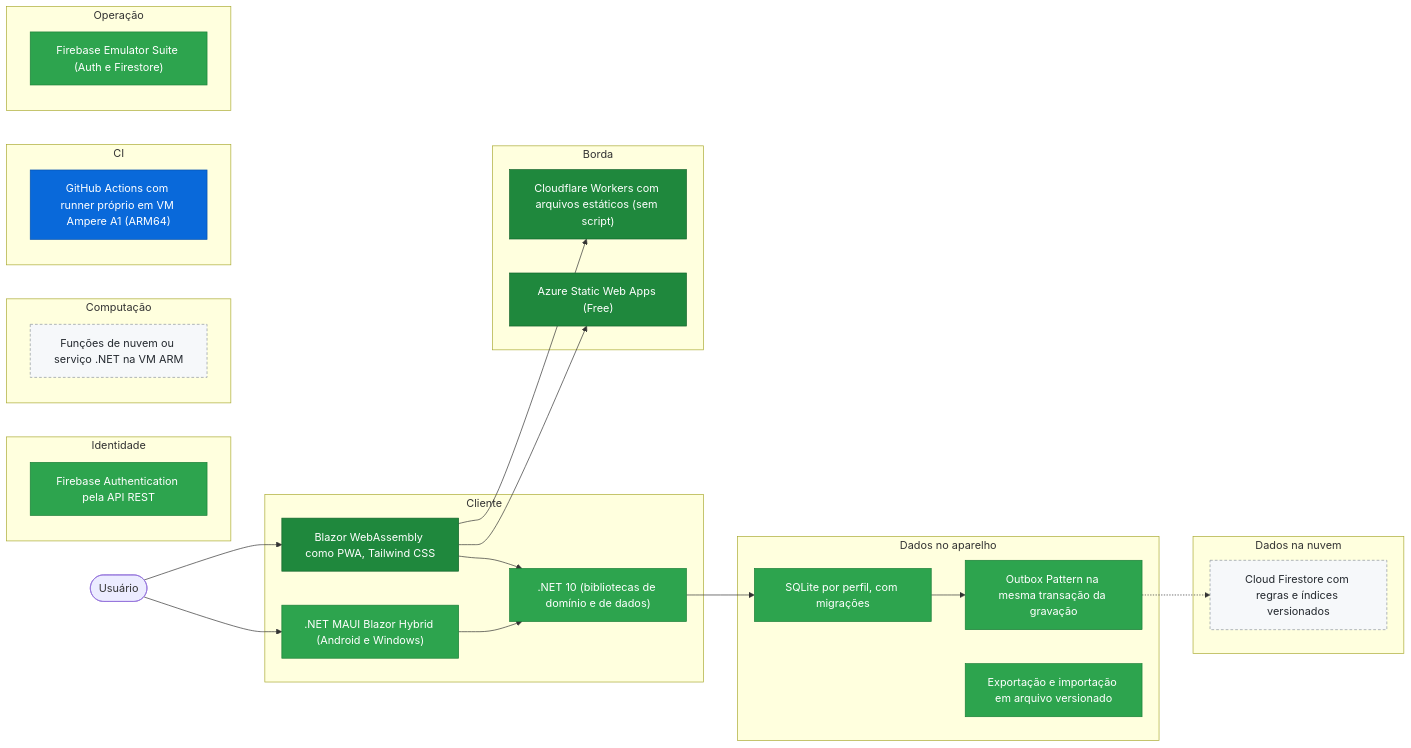
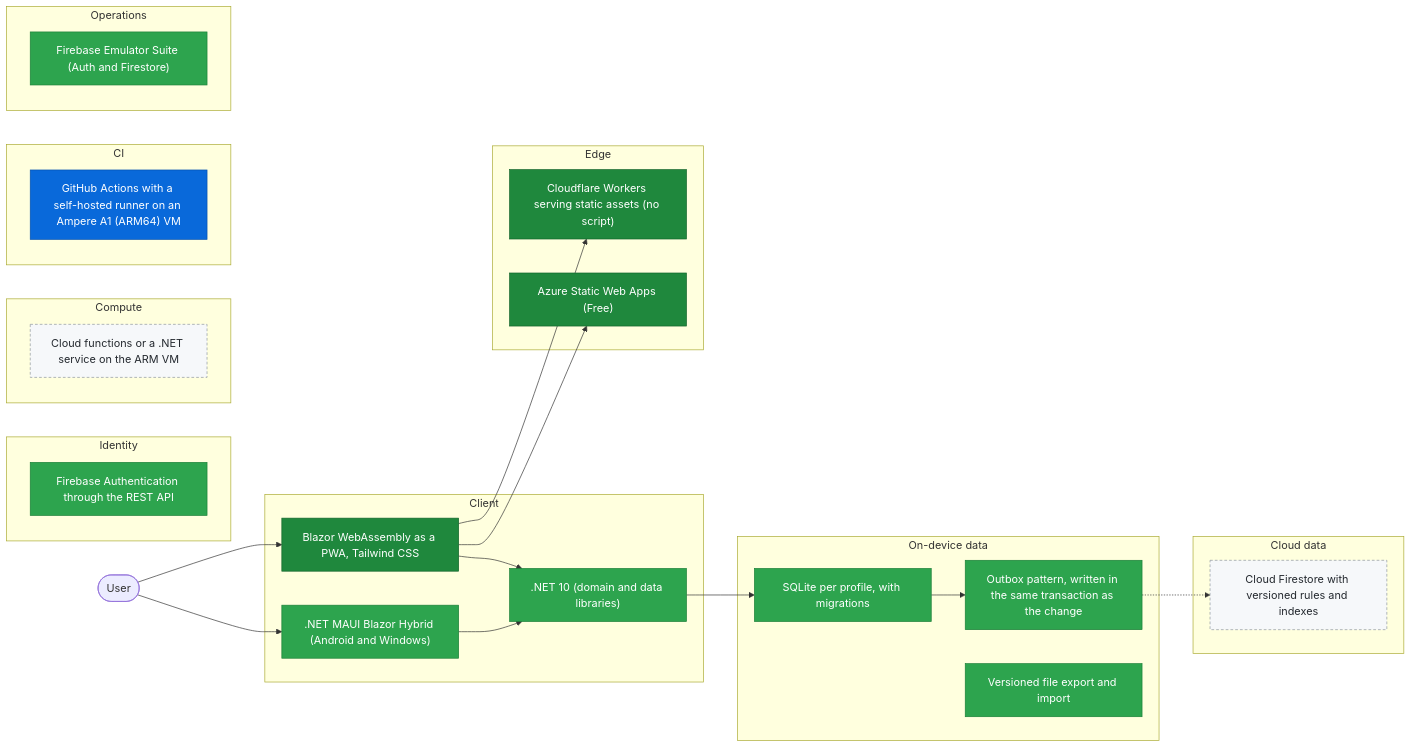
The diagram in README.md (Marckxp/Multi-Cloud-SaaS-Architecture-High-Availability-FinOps), drawn with Mermaid before and after one commit. The commit also changed other lines of this file and 87 other files, not shown here.

````diff
--- a/README.md
+++ b/README.md
@@ -29,48 +38,48 @@
 ```mermaid
 flowchart LR
-  usuario(["Usuário"])
-  subgraph c_cliente["Cliente"]
-    nucleo[".NET 10 (bibliotecas de domínio e de dados)"]:::implementado
-    app_nativo[".NET MAUI Blazor Hybrid (Android e Windows)"]:::implementado
-    app_web["Blazor WebAssembly como PWA, Tailwind CSS"]:::publicado
+  user(["User"])
+  subgraph c_client["Client"]
+    core[".NET 10 (domain and data libraries)"]:::implemented
+    native_app[".NET MAUI Blazor Hybrid (Android and Windows)"]:::implemented
+    web_app["Blazor WebAssembly as a PWA, Tailwind CSS"]:::published
   end
-  subgraph c_dados_locais["Dados no aparelho"]
-    banco_local["SQLite por perfil, com migrações"]:::implementado
-    outbox["Outbox Pattern na mesma transação da gravação"]:::implementado
-    backup_arquivo["Exportação e importação em arquivo versionado"]:::implementado
+  subgraph c_local_data["On-device data"]
+    local_db["SQLite per profile, with migrations"]:::implemented
+    outbox["Outbox pattern, written in the same transaction as the change"]:::implemented
+    file_backup["Versioned file export and import"]:::implemented
   end
-  subgraph c_borda["Borda"]
-    borda_cloudflare["Cloudflare Workers com arquivos estáticos (sem script)"]:::publicado
-    borda_azure["Azure Static Web Apps (Free)"]:::publicado
+  subgraph c_edge["Edge"]
+    edge_cloudflare["Cloudflare Workers serving static assets (no script)"]:::published
+    edge_azure["Azure Static Web Apps (Free)"]:::published
   end
-  subgraph c_identidade["Identidade"]
-    identidade["Firebase Authentication pela API REST"]:::implementado
+  subgraph c_identity["Identity"]
+    identity["Firebase Authentication through the REST API"]:::implemented
   end
-  subgraph c_dados_nuvem["Dados na nuvem"]
-    firestore["Cloud Firestore com regras e índices versionados"]:::planejado
+  subgraph c_cloud_data["Cloud data"]
+    firestore["Cloud Firestore with versioned rules and indexes"]:::planned
   end
-  subgraph c_computacao["Computação"]
-    servidor_minimo["Funções de nuvem ou serviço .NET na VM ARM"]:::planejado
+  subgraph c_compute["Compute"]
+    minimal_server["Cloud functions or a .NET service on the ARM VM"]:::planned
   end
   subgraph c_ci["CI"]
-    runner_arm["GitHub Actions com runner próprio em VM Ampere A1 (ARM64)"]:::avaliado
+    arm_runner["GitHub Actions with a self-hosted runner on an Ampere A1 (ARM64) VM"]:::evaluated
   end
-  subgraph c_operacao["Operação"]
-    emuladores["Firebase Emulator Suite (Auth e Firestore)"]:::implementado
+  subgraph c_operations["Operations"]
+    emulators["Firebase Emulator Suite (Auth and Firestore)"]:::implemented
   end
-  usuario --> app_nativo & app_web
-  nucleo --> banco_local
-  app_nativo --> nucleo
-  app_web --> nucleo
-  app_web --> borda_cloudflare
-  app_web --> borda_azure
-  banco_local --> outbox
+  user --> native_app & web_app
+  core --> local_db
+  native_app --> core
+  web_app --> core
+  web_app --> edge_cloudflare
+  web_app --> edge_azure
+  local_db --> outbox
   outbox -.-> firestore
-  classDef publicado fill:#1f883d,color:#fff,stroke:#116329
-  classDef implementado fill:#2da44e,color:#fff,stroke:#1a7f37
-  classDef em_teste fill:#bf8700,color:#fff,stroke:#9a6700
-  classDef avaliado fill:#0969da,color:#fff,stroke:#0550ae
-  classDef planejado fill:#f6f8fa,color:#24292f,stroke:#8c959f,stroke-dasharray:4 3
-  classDef reserva fill:#fb8f44,color:#fff,stroke:#bc4c00
-  classDef legado fill:#6e7781,color:#fff,stroke:#57606a
+  classDef published fill:#1f883d,color:#fff,stroke:#116329
+  classDef implemented fill:#2da44e,color:#fff,stroke:#1a7f37
+  classDef in_test fill:#bf8700,color:#fff,stroke:#9a6700
+  classDef evaluated fill:#0969da,color:#fff,stroke:#0550ae
+  classDef planned fill:#f6f8fa,color:#24292f,stroke:#8c959f,stroke-dasharray:4 3
+  classDef reserve fill:#fb8f44,color:#fff,stroke:#bc4c00
+  classDef legacy fill:#6e7781,color:#fff,stroke:#57606a
 ```
````
